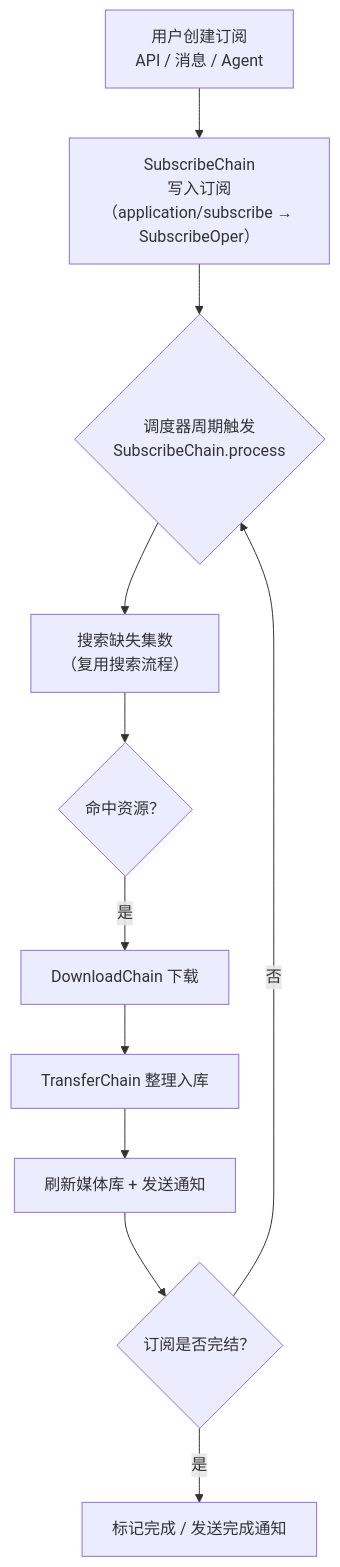
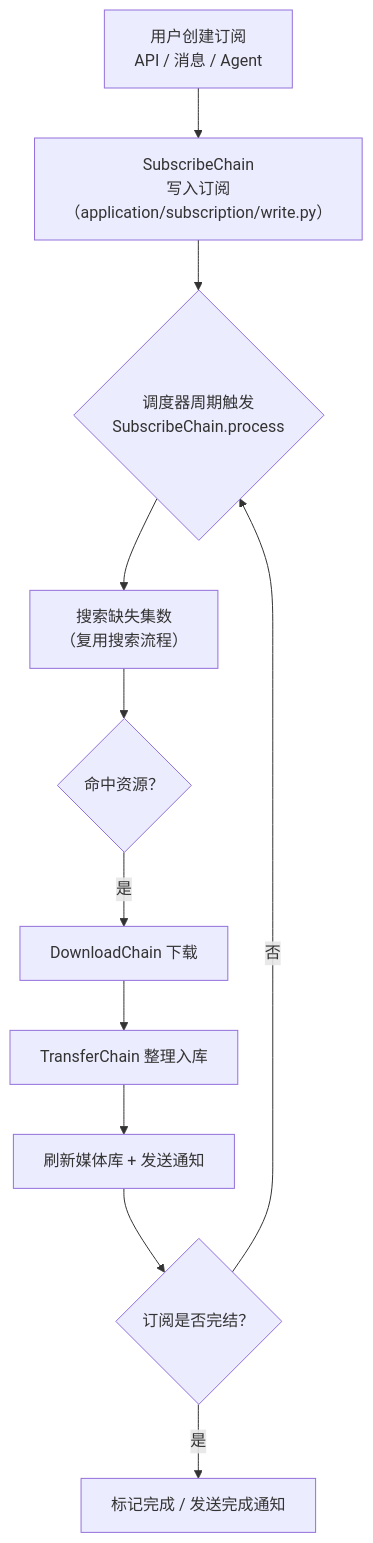
The ninth of 14 diagrams in docs/architecture-overview.md (jxxghp/MoviePilot), drawn with Mermaid before and after one commit. The commit also changed other lines of this file and 28 other files, not shown here.

````diff
--- a/docs/architecture-overview.md
+++ b/docs/architecture-overview.md
@@ -371,13 +388,13 @@
 ```mermaid
 flowchart TB
-    A["用户创建订阅<br/>API / 消息 / Agent"] --> B["SubscribeChain<br/>写入订阅（application/subscribe → SubscribeOper）"]
+    A["用户创建订阅<br/>API / 消息 / Agent"] --> B["SubscribeChain<br/>写入订阅（application/subscription/write.py）"]
     B --> C{"调度器周期触发<br/>SubscribeChain.process"}
     C --> D["搜索缺失集数<br/>（复用搜索流程）"]
     D --> E{"命中资源？"}
     E -->|是| F["DownloadChain 下载"]
     F --> G["TransferChain 整理入库"]
     G --> H["刷新媒体库 + 发送通知"]
     H --> I{"订阅是否完结？"}
     I -->|否| C
     I -->|是| J["标记完成 / 发送完成通知"]
 ```
````
